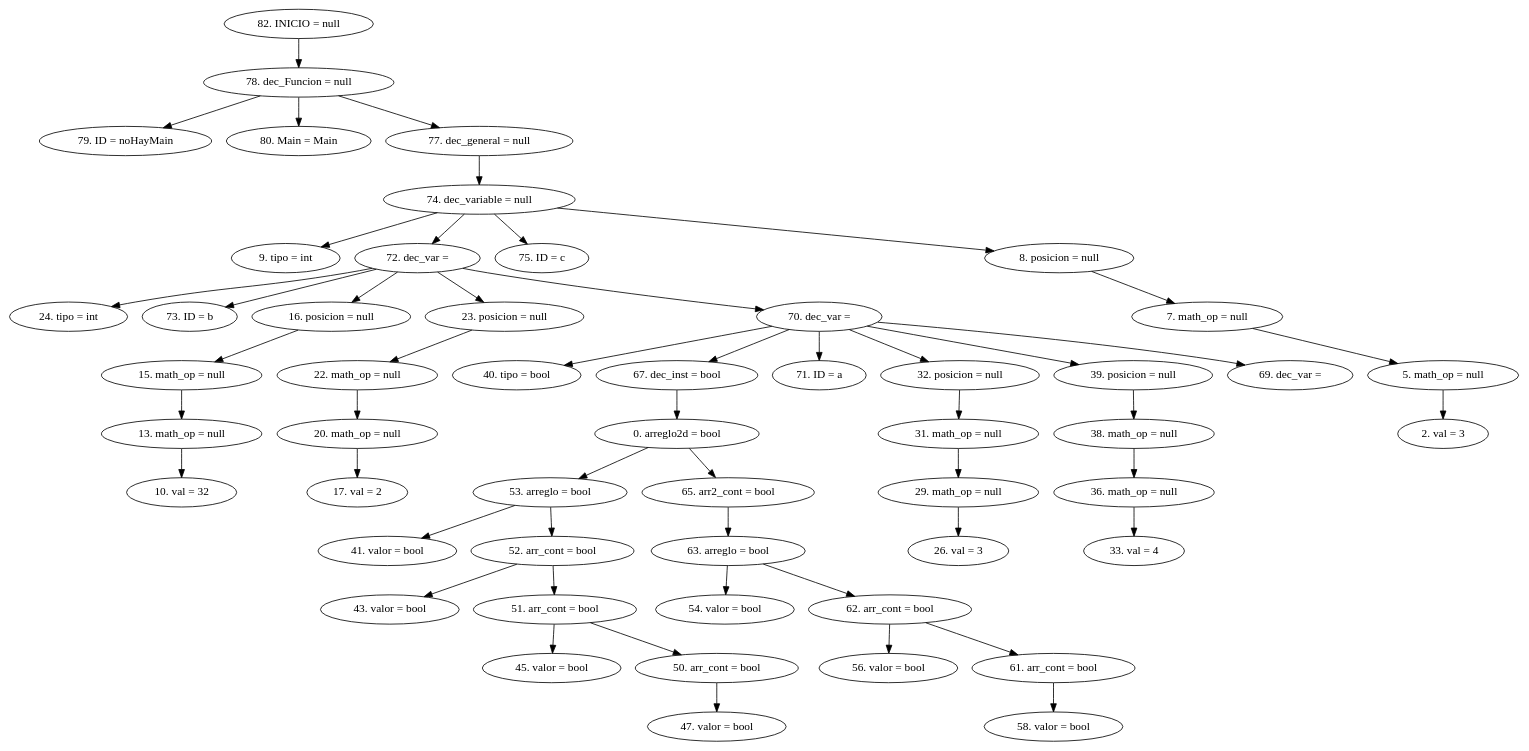
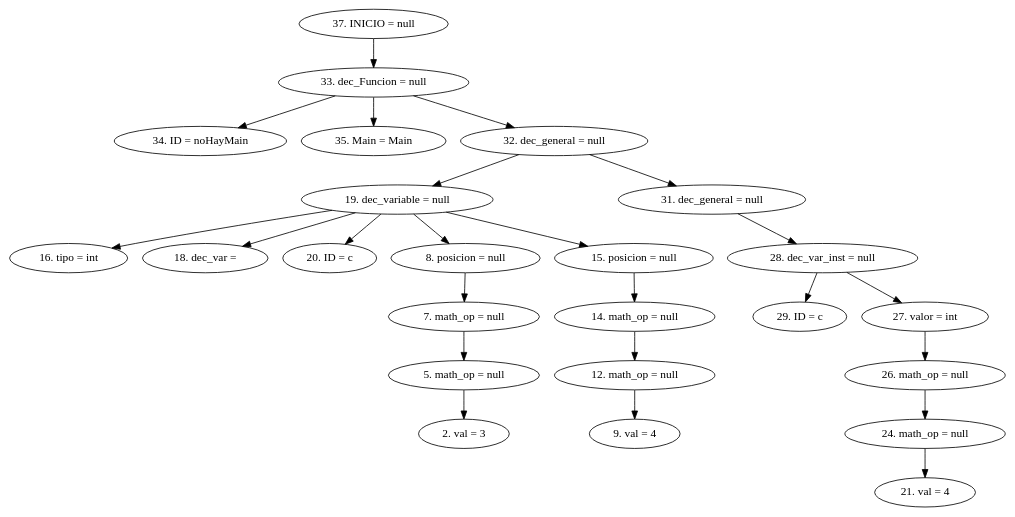
The diagram in AST.dot (CarlosSosVos/NACHTs), drawn with Graphviz before and after one commit. The commit also changed 7 other files, not shown here.

```diff
--- a/AST.dot
+++ b/AST.dot
@@ -1,55 +1,27 @@
 digraph G {
-"82. INICIO = null"->"78. dec_Funcion = null"
-"78. dec_Funcion = null"->"79. ID = noHayMain"
-"78. dec_Funcion = null"->"80. Main = Main"
-"78. dec_Funcion = null"->"77. dec_general = null"
-"77. dec_general = null"->"74. dec_variable = null"
-"74. dec_variable = null"->"9. tipo = int"
-"74. dec_variable = null"->"72. dec_var = "
-"72. dec_var = "->"24. tipo = int"
-"72. dec_var = "->"73. ID = b"
-"72. dec_var = "->"16. posicion = null"
-"16. posicion = null"->"15. math_op = null"
-"15. math_op = null"->"13. math_op = null"
-"13. math_op = null"->"10. val = 32"
-"72. dec_var = "->"23. posicion = null"
-"23. posicion = null"->"22. math_op = null"
-"22. math_op = null"->"20. math_op = null"
-"20. math_op = null"->"17. val = 2"
-"72. dec_var = "->"70. dec_var = "
-"70. dec_var = "->"40. tipo = bool"
-"70. dec_var = "->"67. dec_inst = bool"
-"67. dec_inst = bool"->"0. arreglo2d = bool"
-"0. arreglo2d = bool"->"53. arreglo = bool"
-"53. arreglo = bool"->"41. valor = bool"
-"53. arreglo = bool"->"52. arr_cont = bool"
-"52. arr_cont = bool"->"43. valor = bool"
-"52. arr_cont = bool"->"51. arr_cont = bool"
-"51. arr_cont = bool"->"45. valor = bool"
-"51. arr_cont = bool"->"50. arr_cont = bool"
-"50. arr_cont = bool"->"47. valor = bool"
-"0. arreglo2d = bool"->"65. arr2_cont = bool"
-"65. arr2_cont = bool"->"63. arreglo = bool"
-"63. arreglo = bool"->"54. valor = bool"
-"63. arreglo = bool"->"62. arr_cont = bool"
-"62. arr_cont = bool"->"56. valor = bool"
-"62. arr_cont = bool"->"61. arr_cont = bool"
-"61. arr_cont = bool"->"58. valor = bool"
-"70. dec_var = "->"71. ID = a"
-"70. dec_var = "->"32. posicion = null"
-"32. posicion = null"->"31. math_op = null"
-"31. math_op = null"->"29. math_op = null"
-"29. math_op = null"->"26. val = 3"
-"70. dec_var = "->"39. posicion = null"
-"39. posicion = null"->"38. math_op = null"
-"38. math_op = null"->"36. math_op = null"
-"36. math_op = null"->"33. val = 4"
-"70. dec_var = "->"69. dec_var = "
-"74. dec_variable = null"->"75. ID = c"
-"74. dec_variable = null"->"8. posicion = null"
+"37. INICIO = null"->"33. dec_Funcion = null"
+"33. dec_Funcion = null"->"34. ID = noHayMain"
+"33. dec_Funcion = null"->"35. Main = Main"
+"33. dec_Funcion = null"->"32. dec_general = null"
+"32. dec_general = null"->"19. dec_variable = null"
+"19. dec_variable = null"->"16. tipo = int"
+"19. dec_variable = null"->"18. dec_var = "
+"19. dec_variable = null"->"20. ID = c"
+"19. dec_variable = null"->"8. posicion = null"
 "8. posicion = null"->"7. math_op = null"
 "7. math_op = null"->"5. math_op = null"
 "5. math_op = null"->"2. val = 3"
+"19. dec_variable = null"->"15. posicion = null"
+"15. posicion = null"->"14. math_op = null"
+"14. math_op = null"->"12. math_op = null"
+"12. math_op = null"->"9. val = 4"
+"32. dec_general = null"->"31. dec_general = null"
+"31. dec_general = null"->"28. dec_var_inst = null"
+"28. dec_var_inst = null"->"29. ID = c"
+"28. dec_var_inst = null"->"27. valor = int"
+"27. valor = int"->"26. math_op = null"
+"26. math_op = null"->"24. math_op = null"
+"24. math_op = null"->"21. val = 4"
 
 
 }
```
